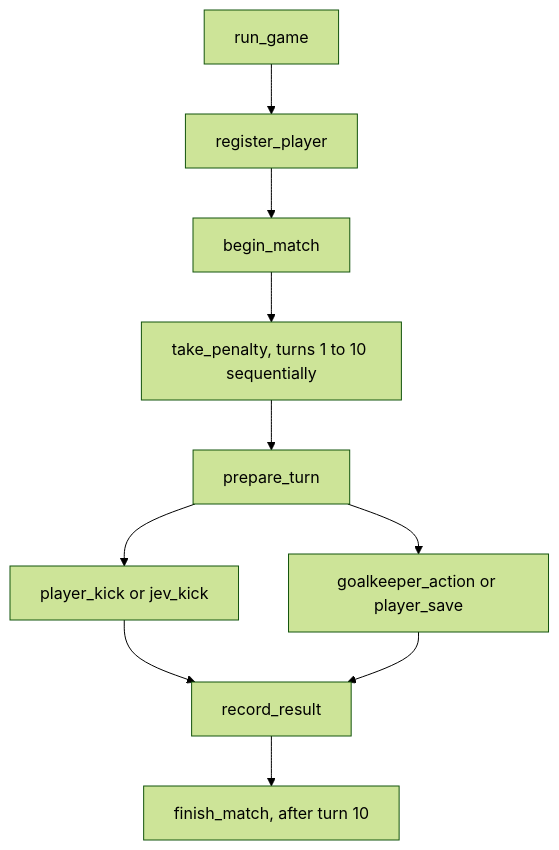
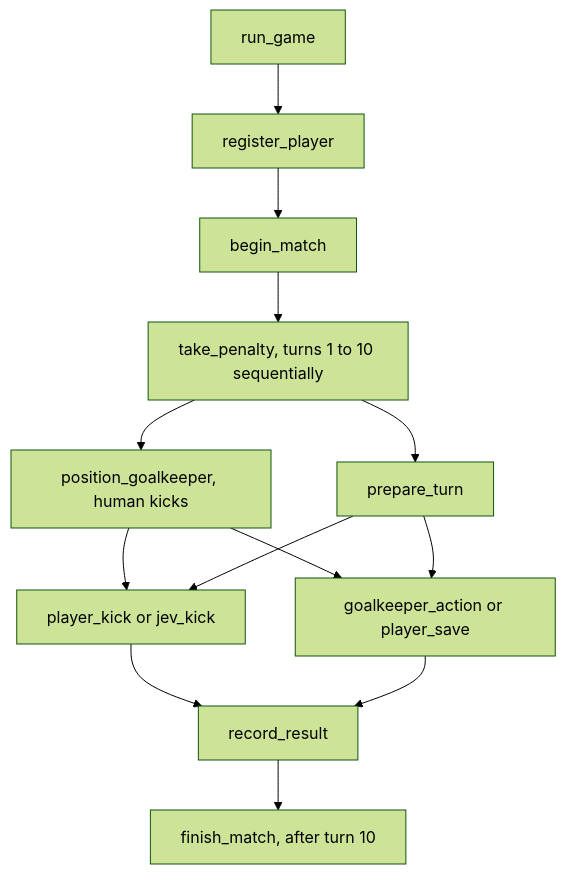
The diagram in docs/architecture.md (femisapien/beat-jev), drawn with Mermaid (forest theme) before and after one commit. The commit also changed other lines of this file and 25 other files, not shown here.

````diff
--- a/docs/architecture.md
+++ b/docs/architecture.md
@@ -5,12 +5,15 @@
 ```mermaid
 flowchart TD
   Game[run_game] --> Register[register_player]
   Register --> Begin[begin_match]
   Begin --> Turn[take_penalty, turns 1 to 10 sequentially]
   Turn --> Prepare[prepare_turn]
+  Turn --> Position[position_goalkeeper, human kicks]
+  Position --> Player
+  Position --> Keeper
   Prepare --> Player[player_kick or jev_kick]
   Prepare --> Keeper[goalkeeper_action or player_save]
   Player --> Record[record_result]
   Keeper --> Record
   Record --> Finish[finish_match, after turn 10]
 ```
````
